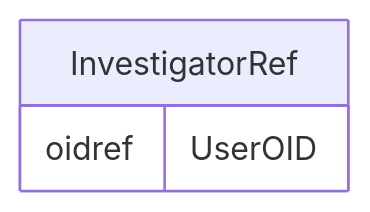
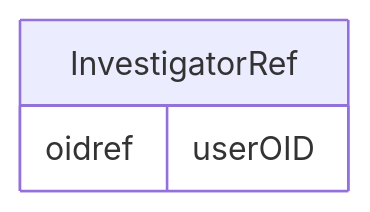
Before and after one commit to cdisc-org/DataExchange-ODM-LinkML: the diagram in docs/InvestigatorRef.md, drawn with Mermaid. The commit also changed other lines of this file and 759 other files, not shown here.

````diff
--- a/docs/InvestigatorRef.md
+++ b/docs/InvestigatorRef.md
@@ -11,9 +11,9 @@
 ```mermaid
 erDiagram
 InvestigatorRef {
-    oidref UserOID  
+    oidref userOID  
 }
 
 
 
 ```
````
